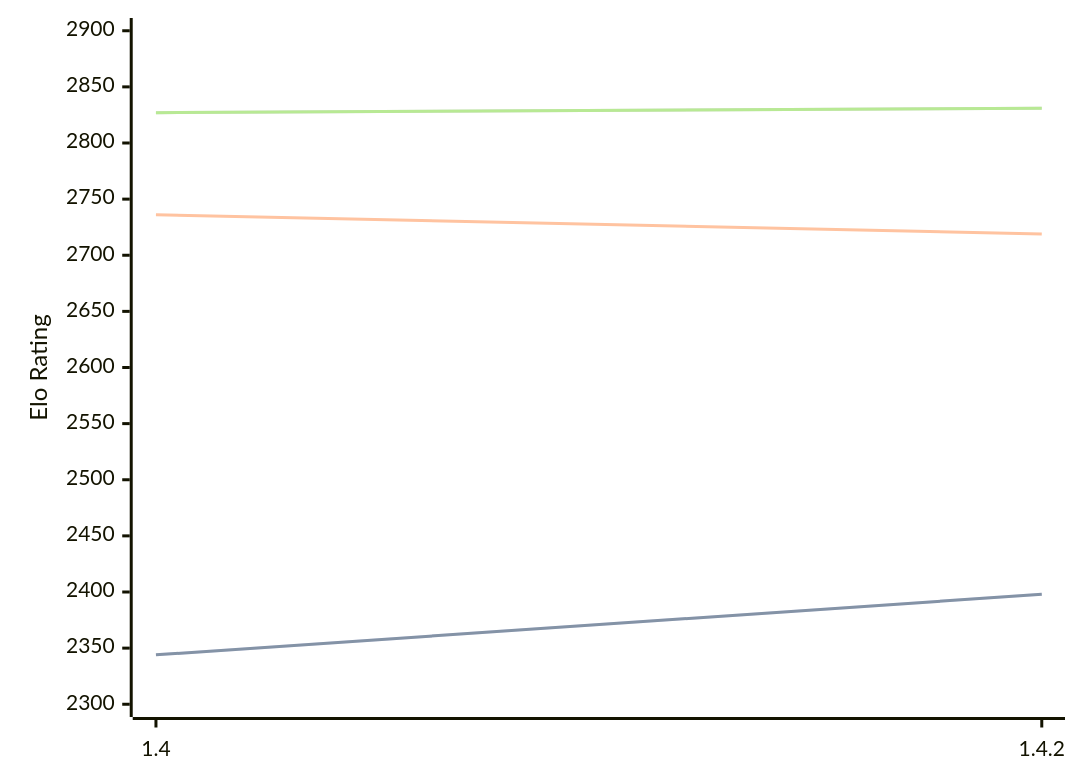
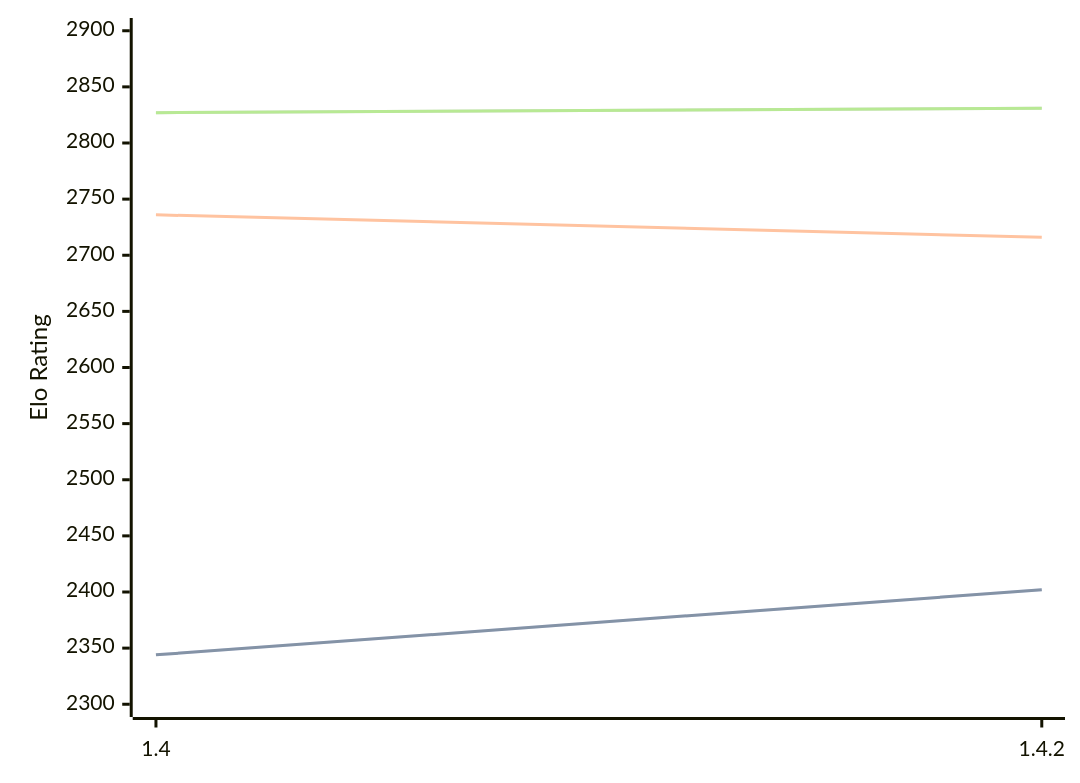
The diagram in engines/Spike.md (computer-chess-index/cci), drawn with Mermaid before and after one commit. The commit also changed other lines of this file, not shown here.

````diff
--- a/engines/Spike.md
+++ b/engines/Spike.md
@@ -32,11 +32,11 @@
 ```mermaid
 %%{init: {"theme":"base","themeVariables":{"seriesColors:['#a3a3a3','#222221','#faa371']}}}%%
 xychart-beta
   x-axis ["1.4", "1.4.2"]
   y-axis "Elo Rating" 2300 --> 2900
-  line "" [2344, 2398]
-  line "STC (8.0+0.08s)" [2344, 2398]
-  line "LTC (60.0+0.60s)" [2736, 2719]
+  line "" [2344, 2402]
+  line "STC (8.0+0.08s)" [2344, 2402]
+  line "LTC (60.0+0.60s)" [2736, 2716]
   line "" [2827, 2831]
   line "VLTC (2m24s+1.12s)" [2827, 2831]
 ```
````
